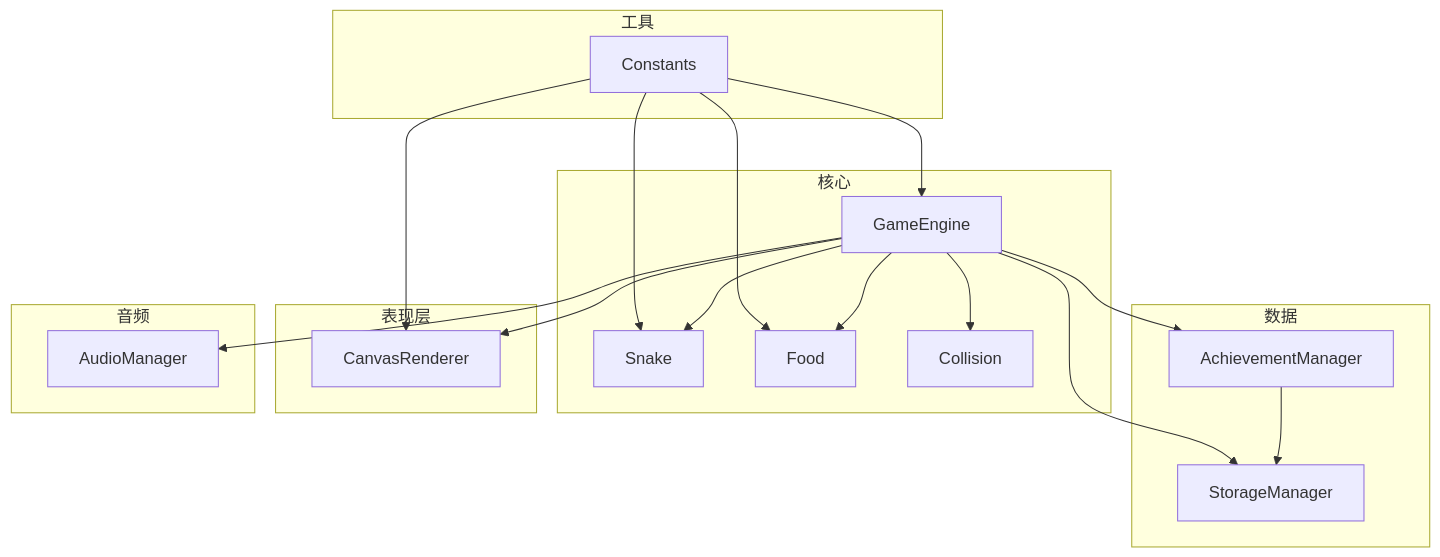
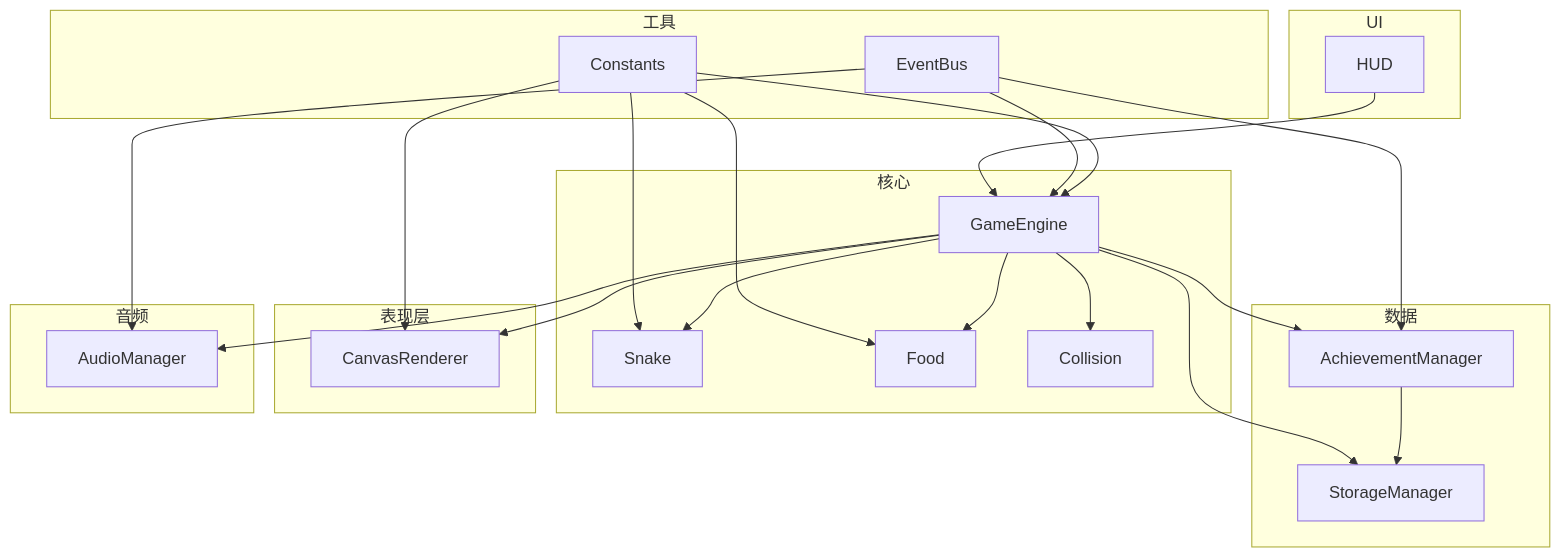
Before and after one commit to onebody/homework: the first of 7 diagrams in .qoder/repowiki/zh/content/贪吃蛇游戏/游戏特性实现/游戏特性实现.md, drawn with Mermaid. The commit also changed other lines of this file and 15 other files, not shown here.

````diff
--- a/.qoder/repowiki/zh/content/贪吃蛇游戏/游戏特性实现/游戏特性实现.md
+++ b/.qoder/repowiki/zh/content/贪吃蛇游戏/游戏特性实现/游戏特性实现.md
@@ -40,34 +51,42 @@
 ```mermaid
 graph TB
 subgraph "核心"
 GE["GameEngine"]
 S["Snake"]
 F["Food"]
 C["Collision"]
 end
 subgraph "数据"
 AM["AchievementManager"]
 SM["StorageManager"]
 end
 subgraph "表现层"
 AR["CanvasRenderer"]
 end
 subgraph "音频"
 AU["AudioManager"]
 end
 subgraph "工具"
 CT["Constants"]
+EB["EventBus"]
+end
+subgraph "UI"
+HD["HUD"]
 end
 GE --> S
 GE --> F
 GE --> C
 GE --> AM
 GE --> AU
 GE --> AR
 AM --> SM
 GE --> SM
 CT --> GE
 CT --> S
 CT --> F
 CT --> AR
+EB --> GE
+EB --> AM
+EB --> AU
+HD --> GE
 ```
````
